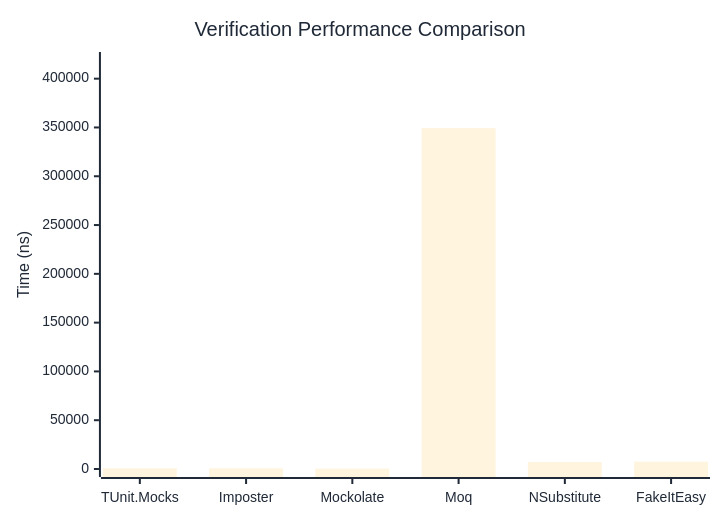
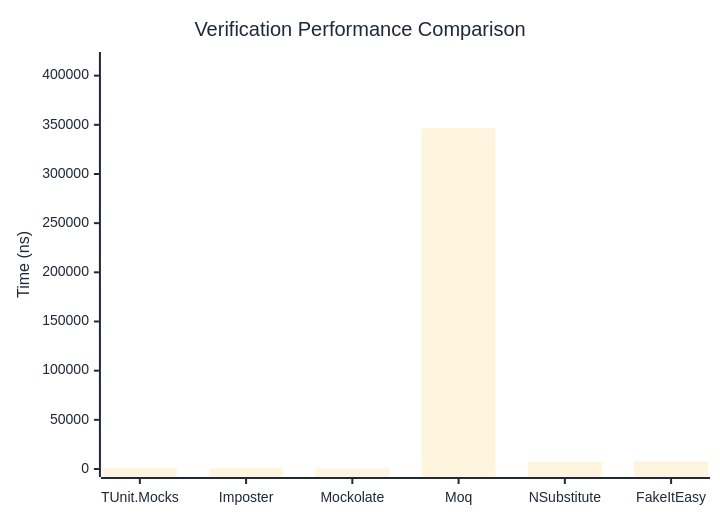
One commit to thomhurst/TUnit changed the first of 3 diagrams in docs/docs/benchmarks/mocks/Verification.md. Above: the diagram before and after it, drawn with Mermaid. The commit also changed other lines of this file and 14 other files, not shown here.

````diff
--- a/docs/docs/benchmarks/mocks/Verification.md
+++ b/docs/docs/benchmarks/mocks/Verification.md
@@ -30,27 +30,27 @@
 ```mermaid
 %%{init: {
   'theme':'base',
   'themeVariables': {
     'primaryColor': '#2563eb',
     'primaryTextColor': '#1f2937',
     'primaryBorderColor': '#1e40af',
     'lineColor': '#6b7280',
     'secondaryColor': '#7c3aed',
     'tertiaryColor': '#dc2626',
     'background': '#ffffff',
     'pie1': '#2563eb',
     'pie2': '#7c3aed',
     'pie3': '#dc2626',
     'pie4': '#f59e0b',
     'pie5': '#10b981',
     'pie6': '#06b6d4',
     'pie7': '#ec4899',
     'pie8': '#6366f1'
   }
 }}%%
 xychart-beta
   title "Verification Performance Comparison"
   x-axis ["TUnit.Mocks", "Imposter", "Mockolate", "Moq", "NSubstitute", "FakeItEasy"]
-  y-axis "Time (ns)" 0 --> 419135
-  bar [734.13, 708.53, 405.03, 349278.41, 7086.98, 7505.15]
+  y-axis "Time (ns)" 0 --> 415902
+  bar [773.58, 793.41, 450.72, 346584.41, 7139.03, 7779.33]
 ```
````
